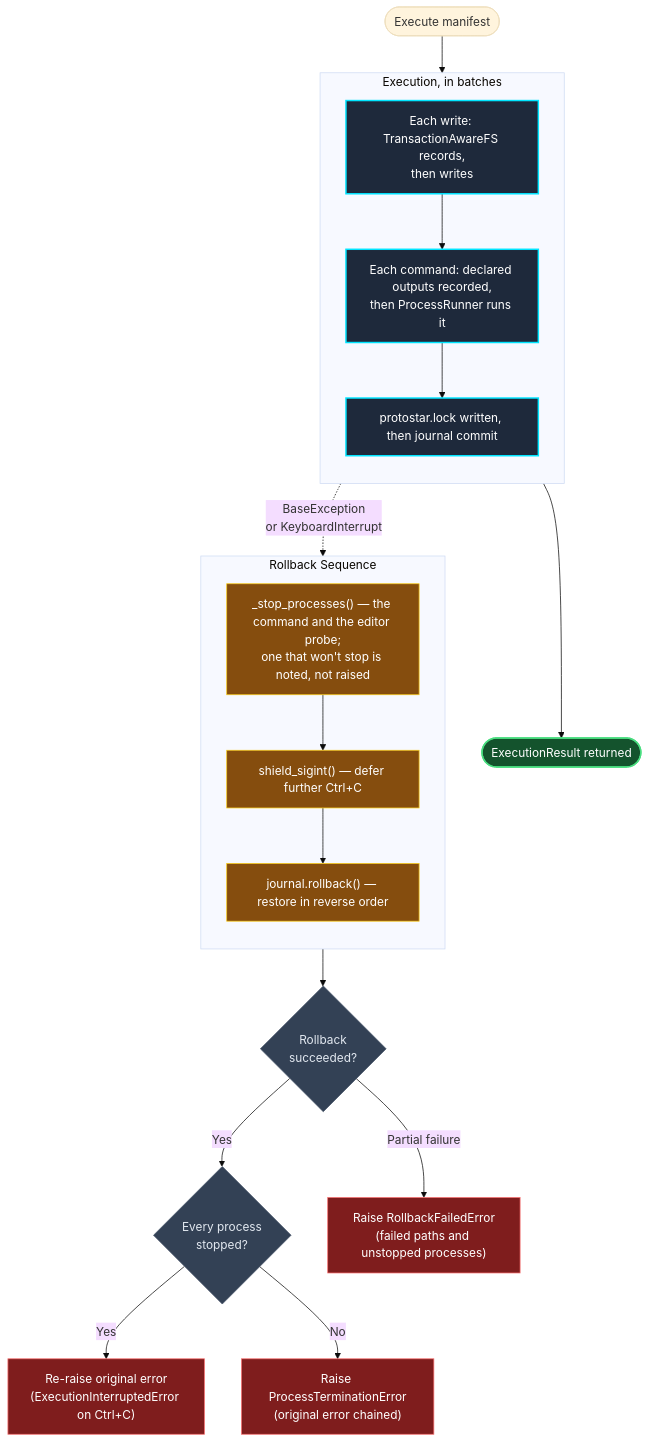
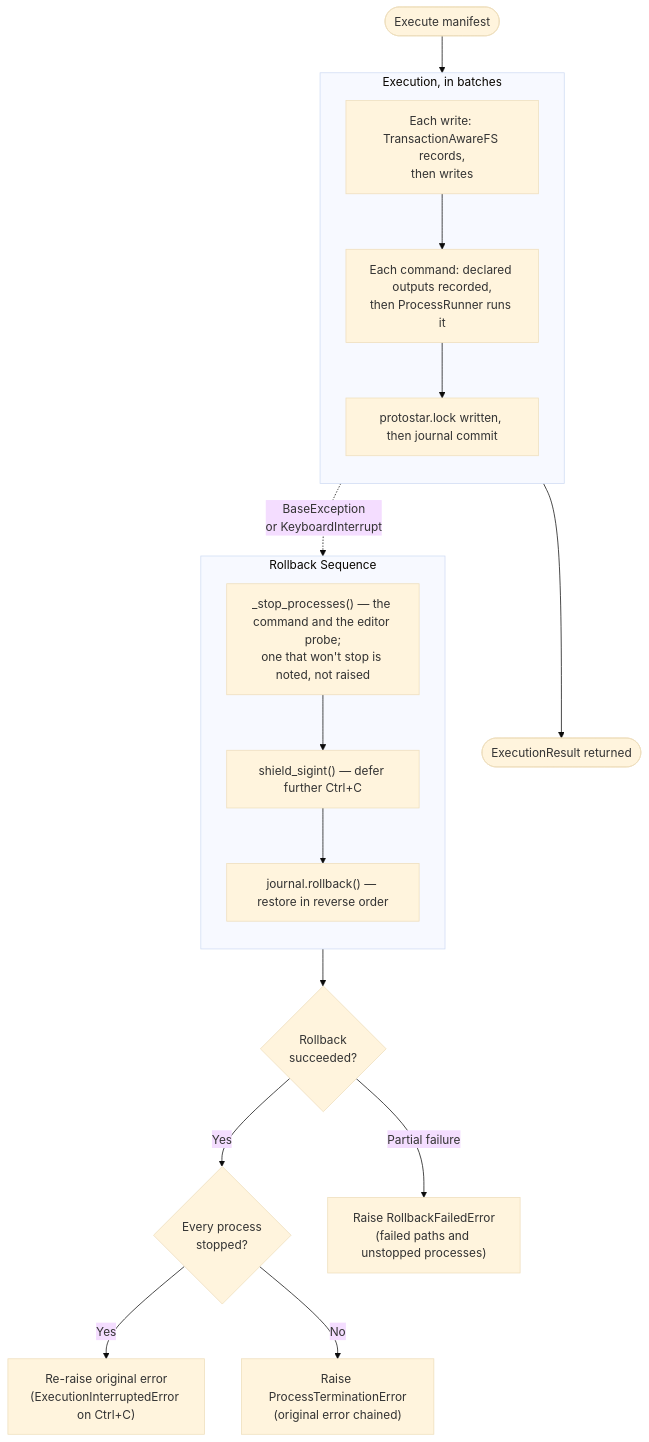
One commit to JacksonFergusonDev/protostar changed the second of 2 diagrams in docs/mechanics/rollback.md. Above: the diagram before and after it, drawn with Mermaid (base theme). The commit also changed other lines of this file and 36 other files, not shown here.

````diff
--- a/docs/mechanics/rollback.md
+++ b/docs/mechanics/rollback.md
@@ -41,36 +36,30 @@
 ```mermaid
 flowchart TD
-    classDef phase fill:#1e293b,stroke:#00e5ff,stroke-width:2px,color:#fff;
-    classDef decision fill:#334155,stroke:#475569,stroke-width:1px,color:#e2e8f0;
-    classDef success fill:#14532d,stroke:#4ade80,stroke-width:2px,color:#fff;
-    classDef rollback fill:#854d0e,stroke:#facc15,stroke-width:1px,color:#fff;
-    classDef error fill:#7f1d1d,stroke:#f87171,stroke-width:1px,color:#fff;
-
     Start([Execute manifest]) --> Steps
 
     subgraph Steps ["Execution, in batches"]
         direction TB
-        S1["Each write: TransactionAwareFS records,<br/>then writes"]:::phase
-        S2["Each command: declared outputs recorded,<br/>then ProcessRunner runs it"]:::phase
-        S3["protostar.lock written, then journal commit"]:::phase
+        S1["Each write: TransactionAwareFS records,<br/>then writes"]
+        S2["Each command: declared outputs recorded,<br/>then ProcessRunner runs it"]
+        S3["protostar.lock written, then journal commit"]
         S1 --> S2 --> S3
     end
 
-    S3 --> Done([ExecutionResult returned]):::success
+    S3 --> Done([ExecutionResult returned])
 
     Steps -. "BaseException\nor KeyboardInterrupt" .-> RB
 
     subgraph RB ["Rollback Sequence"]
         direction TB
-        R1["_stop_processes() — the command and the editor probe;<br/>one that won't stop is noted, not raised"]:::rollback
-        R2["shield_sigint() — defer further Ctrl+C"]:::rollback
-        R3["journal.rollback() — restore in reverse order"]:::rollback
+        R1["_stop_processes() — the command and the editor probe;<br/>one that won't stop is noted, not raised"]
+        R2["shield_sigint() — defer further Ctrl+C"]
+        R3["journal.rollback() — restore in reverse order"]
         R1 --> R2 --> R3
     end
 
-    R3 --> Check{Rollback\nsucceeded?}:::decision
-    Check -- "Yes" --> Stopped{Every process\nstopped?}:::decision
-    Stopped -- "Yes" --> ReRaise["Re-raise original error\n(ExecutionInterruptedError on Ctrl+C)"]:::error
-    Stopped -- "No" --> PTE["Raise ProcessTerminationError\n(original error chained)"]:::error
-    Check -- "Partial failure" --> RFE["Raise RollbackFailedError\n(failed paths and unstopped processes)"]:::error
+    R3 --> Check{Rollback\nsucceeded?}
+    Check -- "Yes" --> Stopped{Every process\nstopped?}
+    Stopped -- "Yes" --> ReRaise["Re-raise original error\n(ExecutionInterruptedError on Ctrl+C)"]
+    Stopped -- "No" --> PTE["Raise ProcessTerminationError\n(original error chained)"]
+    Check -- "Partial failure" --> RFE["Raise RollbackFailedError\n(failed paths and unstopped processes)"]
 ```
````
